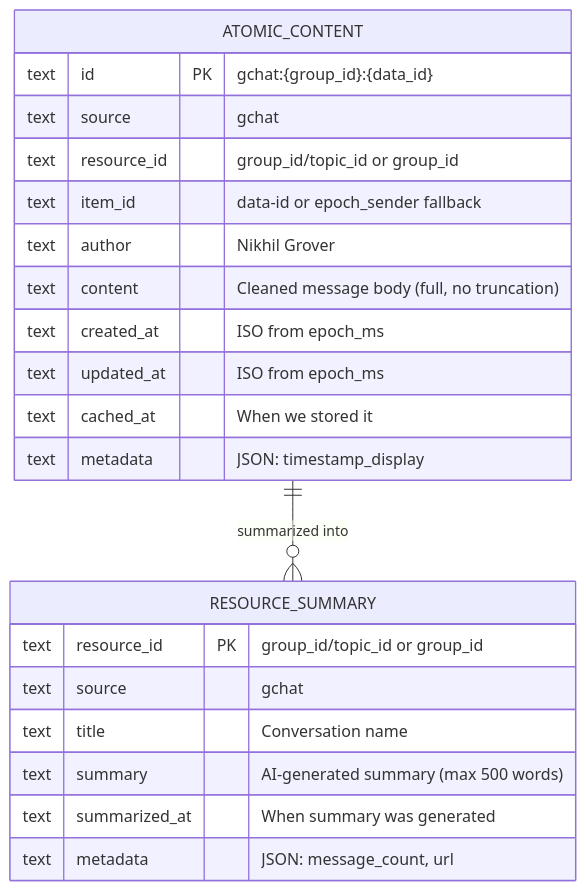
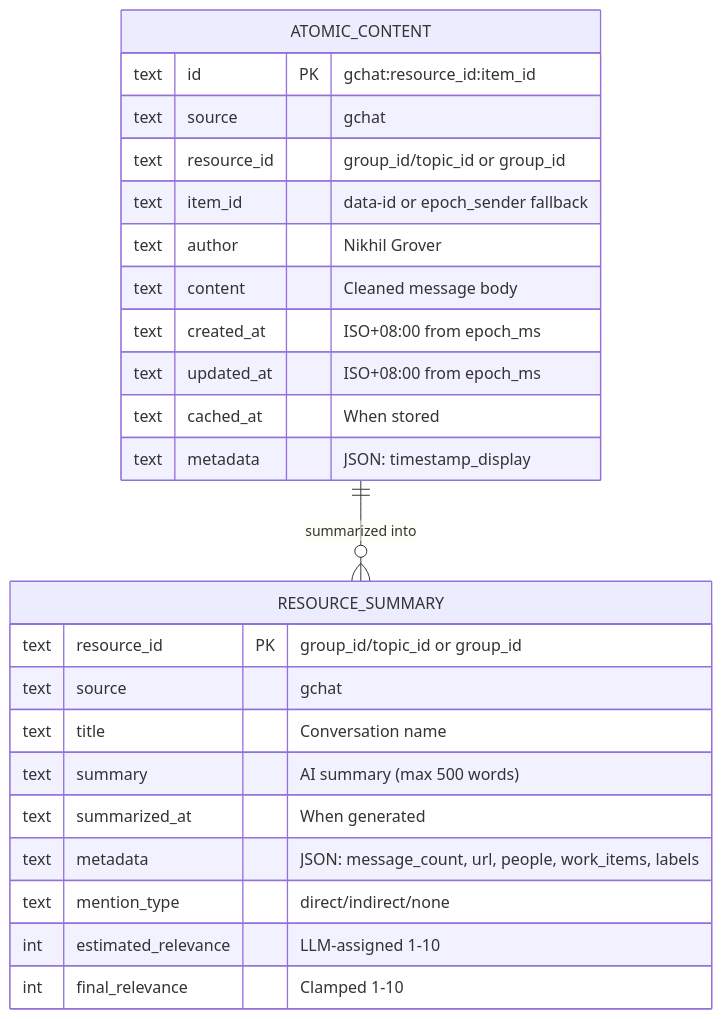
One commit to MichaelBui/AgentZero changed the second of 3 diagrams in skills/gchat/_architecture.md. Above: the diagram before and after it, drawn with Mermaid. The commit also changed other lines of this file and 6 other files, not shown here.

````diff
--- a/skills/gchat/_architecture.md
+++ b/skills/gchat/_architecture.md
@@ -69,26 +71,29 @@
 ```mermaid
 erDiagram
     ATOMIC_CONTENT {
-        text id PK "gchat:{group_id}:{data_id}"
+        text id PK "gchat:resource_id:item_id"
         text source "gchat"
         text resource_id "group_id/topic_id or group_id"
         text item_id "data-id or epoch_sender fallback"
         text author "Nikhil Grover"
-        text content "Cleaned message body (full, no truncation)"
-        text created_at "ISO from epoch_ms"
-        text updated_at "ISO from epoch_ms"
-        text cached_at "When we stored it"
+        text content "Cleaned message body"
+        text created_at "ISO+08:00 from epoch_ms"
+        text updated_at "ISO+08:00 from epoch_ms"
+        text cached_at "When stored"
         text metadata "JSON: timestamp_display"
     }
 
     RESOURCE_SUMMARY {
         text resource_id PK "group_id/topic_id or group_id"
         text source "gchat"
         text title "Conversation name"
-        text summary "AI-generated summary (max 500 words)"
-        text summarized_at "When summary was generated"
-        text metadata "JSON: message_count, url"
+        text summary "AI summary (max 500 words)"
+        text summarized_at "When generated"
+        text metadata "JSON: message_count, url, people, work_items, labels"
+        text mention_type "direct/indirect/none"
+        int estimated_relevance "LLM-assigned 1-10"
+        int final_relevance "Clamped 1-10"
     }
 
     ATOMIC_CONTENT ||--o{ RESOURCE_SUMMARY : "summarized into"
 ```
````
